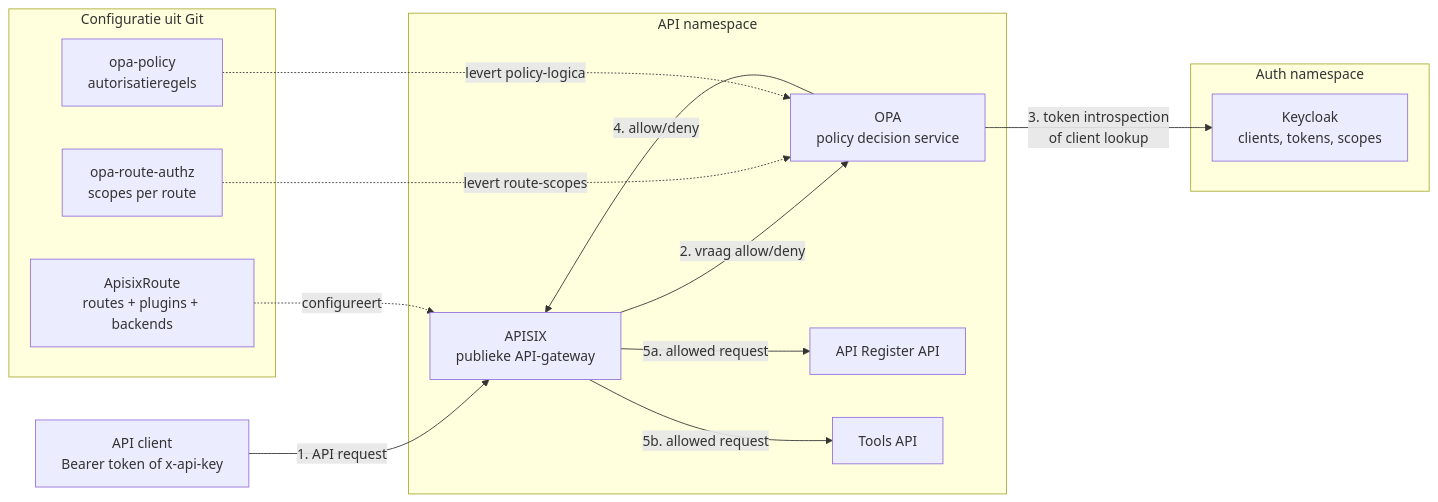
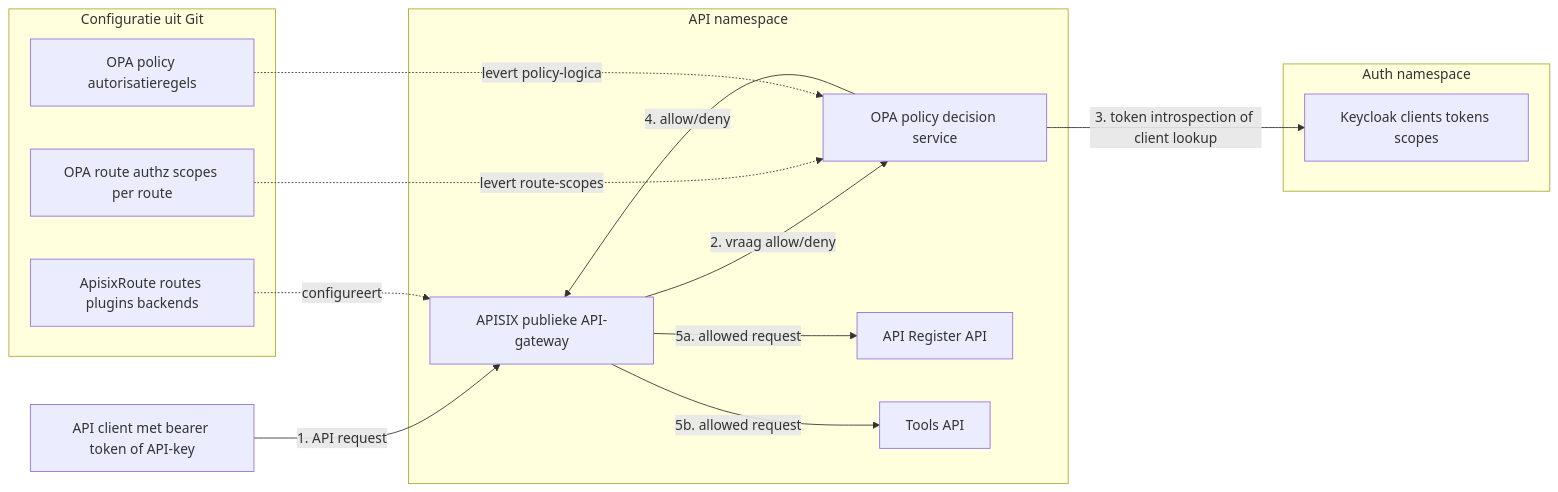
One commit to developer-overheid-nl/don-site changed the diagram in docs/security/authenticatie/apisix-opa-keycloak.md. Above: the diagram before and after it, drawn with Mermaid.

Commit message:
Fix auth diagram Mermaid labels

````diff
--- a/docs/security/authenticatie/apisix-opa-keycloak.md
+++ b/docs/security/authenticatie/apisix-opa-keycloak.md
@@ -56,32 +56,32 @@
 ```mermaid
 flowchart LR
-    client["API client<br/>Bearer token of x-api-key"]
+    client["API client met bearer token of API-key"]
 
     subgraph apiNs["API namespace"]
-        apisix["APISIX<br/>publieke API-gateway"]
-        opa["OPA<br/>policy decision service"]
+        apisix["APISIX publieke API-gateway"]
+        opa["OPA policy decision service"]
         apiRegister["API Register API"]
         toolsApi["Tools API"]
     end
 
     subgraph authNs["Auth namespace"]
-        keycloak["Keycloak<br/>clients, tokens, scopes"]
+        keycloak["Keycloak clients tokens scopes"]
     end
 
     subgraph gitops["Configuratie uit Git"]
-        apisixRoutes["ApisixRoute<br/>routes + plugins + backends"]
-        opaRouteAuthz["opa-route-authz<br/>scopes per route"]
-        opaPolicy["opa-policy<br/>autorisatieregels"]
+        apisixRoutes["ApisixRoute routes plugins backends"]
+        opaRouteAuthz["OPA route authz scopes per route"]
+        opaPolicy["OPA policy autorisatieregels"]
     end
 
     client -->|"1. API request"| apisix
     apisix -->|"2. vraag allow/deny"| opa
-    opa -->|"3. token introspection<br/>of client lookup"| keycloak
+    opa -->|"3. token introspection of client lookup"| keycloak
     opa -->|"4. allow/deny"| apisix
     apisix -->|"5a. allowed request"| apiRegister
     apisix -->|"5b. allowed request"| toolsApi
 
     apisixRoutes -. configureert .-> apisix
     opaRouteAuthz -. levert route-scopes .-> opa
     opaPolicy -. levert policy-logica .-> opa
 ```
````
